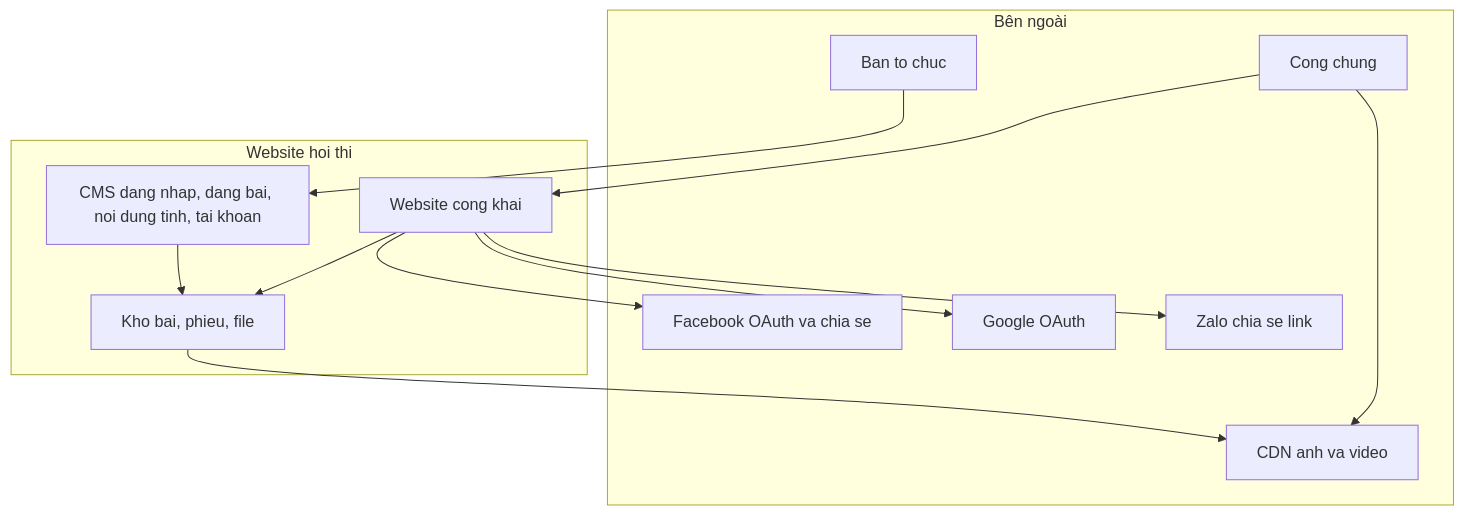
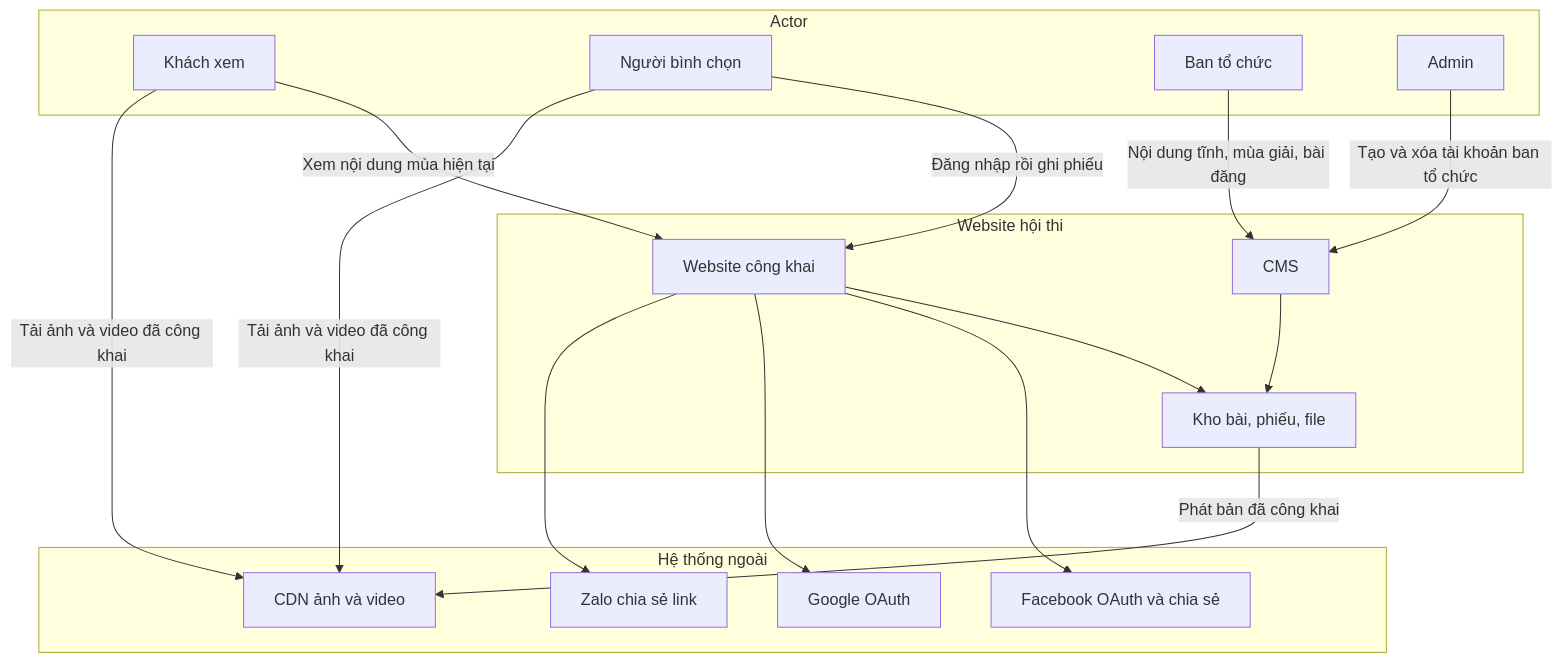
Before and after one commit to noname1288/docs_temp: the first of 4 diagrams in docs/srs/2-overall-description.md, drawn with Mermaid. The commit also changed other lines of this file and 25 other files, not shown here.

````diff
--- a/docs/srs/2-overall-description.md
+++ b/docs/srs/2-overall-description.md
@@ -19,25 +21,32 @@
 ```mermaid
 graph TB
-    subgraph External["Bên ngoài"]
-        Public[Cong chung]
-        Organizer[Ban to chuc]
-        Facebook[Facebook OAuth va chia se]
-        Google[Google OAuth]
-        Zalo[Zalo chia se link]
-        CDN[CDN anh va video]
+    subgraph Actors["Actor"]
+        Guest["Khách xem"]
+        Voter["Người bình chọn"]
+        Org["Ban tổ chức"]
+        Adm["Admin"]
     end
-    subgraph System["Website hoi thi"]
-        Web[Website cong khai]
-        Admin[CMS dang nhap, dang bai, noi dung tinh, tai khoan]
-        Store[Kho bai, phieu, file]
+    subgraph System["Website hội thi"]
+        Web["Website công khai"]
+        CMS["CMS"]
+        Store["Kho bài, phiếu, file"]
     end
-    Public --> Web
-    Public --> CDN
-    Organizer --> Admin
+    subgraph External["Hệ thống ngoài"]
+        Facebook["Facebook OAuth và chia sẻ"]
+        Google["Google OAuth"]
+        Zalo["Zalo chia sẻ link"]
+        CDN["CDN ảnh và video"]
+    end
+    Guest -->|"Xem nội dung mùa hiện tại"| Web
+    Guest -->|"Tải ảnh và video đã công khai"| CDN
+    Voter -->|"Đăng nhập rồi ghi phiếu"| Web
+    Voter -->|"Tải ảnh và video đã công khai"| CDN
+    Org -->|"Nội dung tĩnh, mùa giải, bài đăng"| CMS
+    Adm -->|"Tạo và xóa tài khoản ban tổ chức"| CMS
+    Web --> Store
     Web --> Facebook
     Web --> Google
     Web --> Zalo
-    Web --> Store
-    Admin --> Store
-    Store --> CDN
+    CMS --> Store
+    Store -->|"Phát bản đã công khai"| CDN
 ```
````
